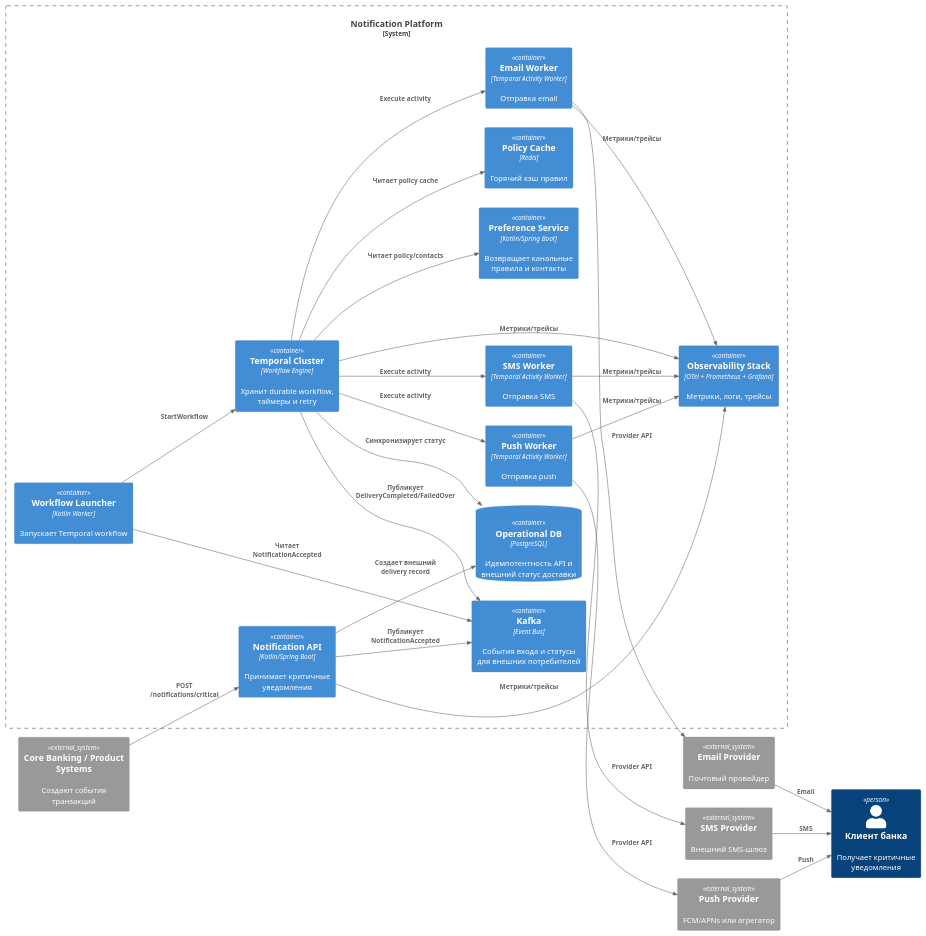
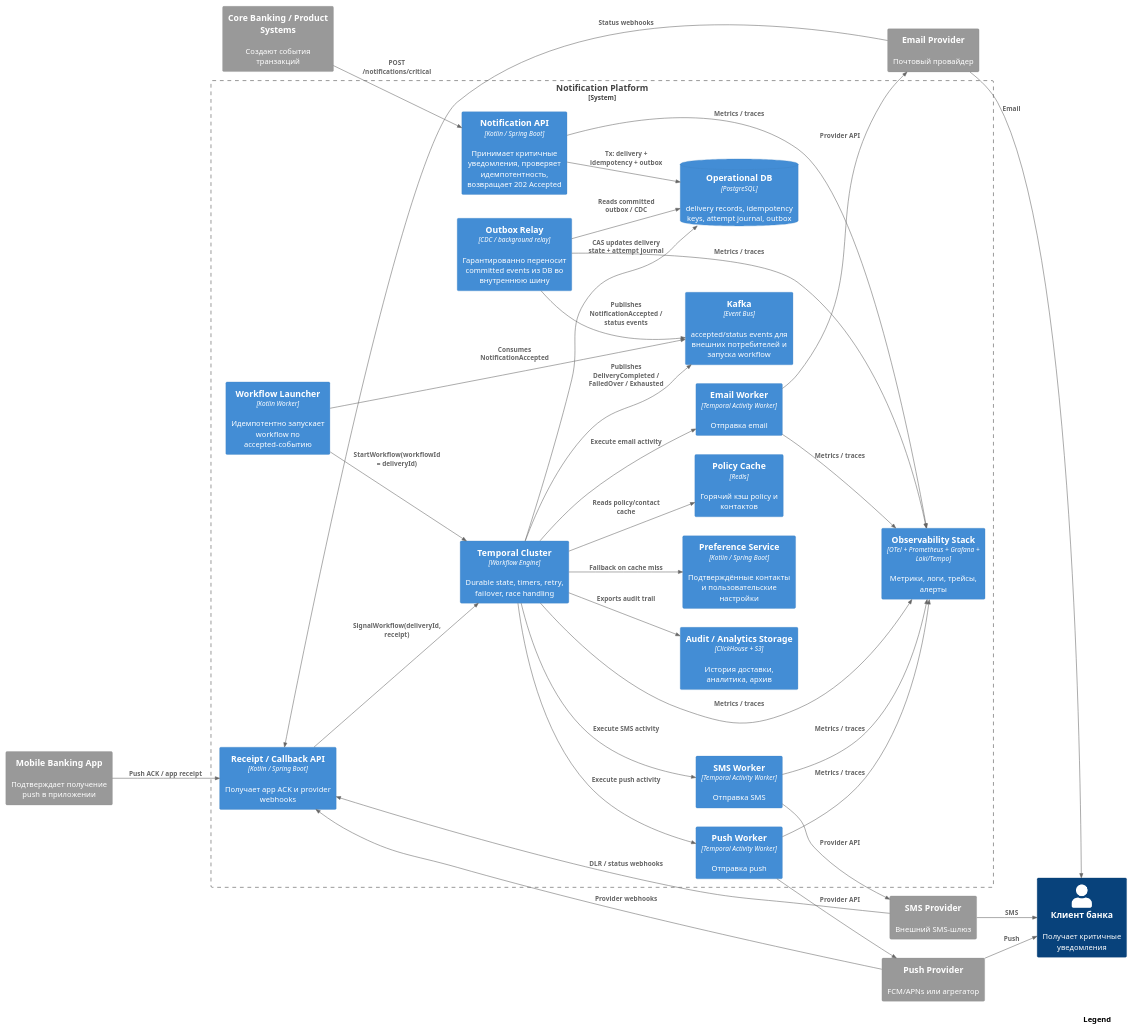
One commit to dashhhik/tb_4 changed the fourth of 7 diagrams in rfc_guaranteed_delivery_failover.md. Above: the diagram before and after it, drawn with PlantUML. The commit also changed other lines of this file and 6 other files, not shown here.

Commit message:
Add initial files for Notification Platform project including images and architecture documentation

````diff
--- a/rfc_guaranteed_delivery_failover.md
+++ b/rfc_guaranteed_delivery_failover.md
@@ -422,50 +424,71 @@
 ```plantuml
 @startuml
-!includeurl https://raw.githubusercontent.com/plantuml-stdlib/C4-PlantUML/master/C4_Container.puml
+!include <C4/C4_Container>
 LAYOUT_LEFT_RIGHT()
+SHOW_LEGEND()
 
 Person(customer, "Клиент банка", "Получает критичные уведомления")
 System_Ext(core, "Core Banking / Product Systems", "Создают события транзакций")
+System_Ext(mobile_app, "Mobile Banking App", "Подтверждает получение push в приложении")
 System_Ext(push_provider, "Push Provider", "FCM/APNs или агрегатор")
 System_Ext(sms_provider, "SMS Provider", "Внешний SMS-шлюз")
 System_Ext(email_provider, "Email Provider", "Почтовый провайдер")
 
 System_Boundary(np, "Notification Platform") {
-  Container(api, "Notification API", "Kotlin/Spring Boot", "Принимает критичные уведомления")
-  Container(pref, "Preference Service", "Kotlin/Spring Boot", "Возвращает канальные правила и контакты")
-  Container(kafka, "Kafka", "Event Bus", "События входа и статусы для внешних потребителей")
-  Container(launcher, "Workflow Launcher", "Kotlin Worker", "Запускает Temporal workflow")
-  Container(temporal, "Temporal Cluster", "Workflow Engine", "Хранит durable workflow, таймеры и retry")
-  ContainerDb(op_db, "Operational DB", "PostgreSQL", "Идемпотентность API и внешний статус доставки")
-  Container(cache, "Policy Cache", "Redis", "Горячий кэш правил")
+  Container(api, "Notification API", "Kotlin / Spring Boot", "Принимает критичные уведомления, проверяет идемпотентность, возвращает 202 Accepted")
+  ContainerDb(op_db, "Operational DB", "PostgreSQL", "delivery records, idempotency keys, attempt journal, outbox")
+  Container(relay, "Outbox Relay", "CDC / background relay", "Гарантированно переносит committed events из DB во внутреннюю шину")
+  Container(kafka, "Kafka", "Event Bus", "accepted/status events для внешних потребителей и запуска workflow")
+  Container(launcher, "Workflow Launcher", "Kotlin Worker", "Идемпотентно запускает workflow по accepted-событию")
+  Container(temporal, "Temporal Cluster", "Workflow Engine", "Durable state, timers, retry, failover, race handling")
+  Container(pref, "Preference Service", "Kotlin / Spring Boot", "Подтверждённые контакты и пользовательские настройки")
+  Container(cache, "Policy Cache", "Redis", "Горячий кэш policy и контактов")
+  Container(callbacks, "Receipt / Callback API", "Kotlin / Spring Boot", "Получает app ACK и provider webhooks")
   Container(push_worker, "Push Worker", "Temporal Activity Worker", "Отправка push")
   Container(sms_worker, "SMS Worker", "Temporal Activity Worker", "Отправка SMS")
   Container(email_worker, "Email Worker", "Temporal Activity Worker", "Отправка email")
-  Container(obs, "Observability Stack", "OTel + Prometheus + Grafana", "Метрики, логи, трейсы")
+  Container(audit, "Audit / Analytics Storage", "ClickHouse + S3", "История доставки, аналитика, архив")
+  Container(obs, "Observability Stack", "OTel + Prometheus + Grafana + Loki/Tempo", "Метрики, логи, трейсы, алерты")
 }
 
 Rel(core, api, "POST /notifications/critical")
-Rel(api, op_db, "Создает внешний delivery record")
-Rel(api, kafka, "Публикует NotificationAccepted")
-Rel(launcher, kafka, "Читает NotificationAccepted")
-Rel(launcher, temporal, "StartWorkflow")
-Rel(temporal, pref, "Читает policy/contacts")
-Rel(temporal, cache, "Читает policy cache")
-Rel(temporal, op_db, "Синхронизирует статус")
-Rel(temporal, push_worker, "Execute activity")
-Rel(temporal, sms_worker, "Execute activity")
-Rel(temporal, email_worker, "Execute activity")
+Rel(api, op_db, "Tx: delivery + idempotency + outbox")
+Rel(relay, op_db, "Reads committed outbox / CDC")
+Rel(relay, kafka, "Publishes NotificationAccepted / status events")
+Rel(launcher, kafka, "Consumes NotificationAccepted")
+Rel(launcher, temporal, "StartWorkflow(workflowId = deliveryId)")
+
+Rel(temporal, cache, "Reads policy/contact cache")
+Rel(temporal, pref, "Fallback on cache miss")
+Rel(temporal, op_db, "CAS updates delivery state + attempt journal")
+
+Rel(temporal, push_worker, "Execute push activity")
+Rel(temporal, sms_worker, "Execute SMS activity")
+Rel(temporal, email_worker, "Execute email activity")
+
 Rel(push_worker, push_provider, "Provider API")
 Rel(sms_worker, sms_provider, "Provider API")
 Rel(email_worker, email_provider, "Provider API")
-Rel(temporal, kafka, "Публикует DeliveryCompleted/FailedOver")
-Rel(api, obs, "Метрики/трейсы")
-Rel(temporal, obs, "Метрики/трейсы")
-Rel(push_worker, obs, "Метрики/трейсы")
-Rel(sms_worker, obs, "Метрики/трейсы")
-Rel(email_worker, obs, "Метрики/трейсы")
+
+Rel(mobile_app, callbacks, "Push ACK / app receipt")
+Rel(push_provider, callbacks, "Provider webhooks")
+Rel(sms_provider, callbacks, "DLR / status webhooks")
+Rel(email_provider, callbacks, "Status webhooks")
+
+Rel(callbacks, temporal, "SignalWorkflow(deliveryId, receipt)")
+
+Rel(temporal, kafka, "Publishes DeliveryCompleted / FailedOver / Exhausted")
+Rel(temporal, audit, "Exports audit trail")
+
+Rel(api, obs, "Metrics / traces")
+Rel(relay, obs, "Metrics / traces")
+Rel(temporal, obs, "Metrics / traces")
+Rel(push_worker, obs, "Metrics / traces")
+Rel(sms_worker, obs, "Metrics / traces")
+Rel(email_worker, obs, "Metrics / traces")
+
 Rel(push_provider, customer, "Push")
 Rel(sms_provider, customer, "SMS")
 Rel(email_provider, customer, "Email")
 @enduml
 ```
````
